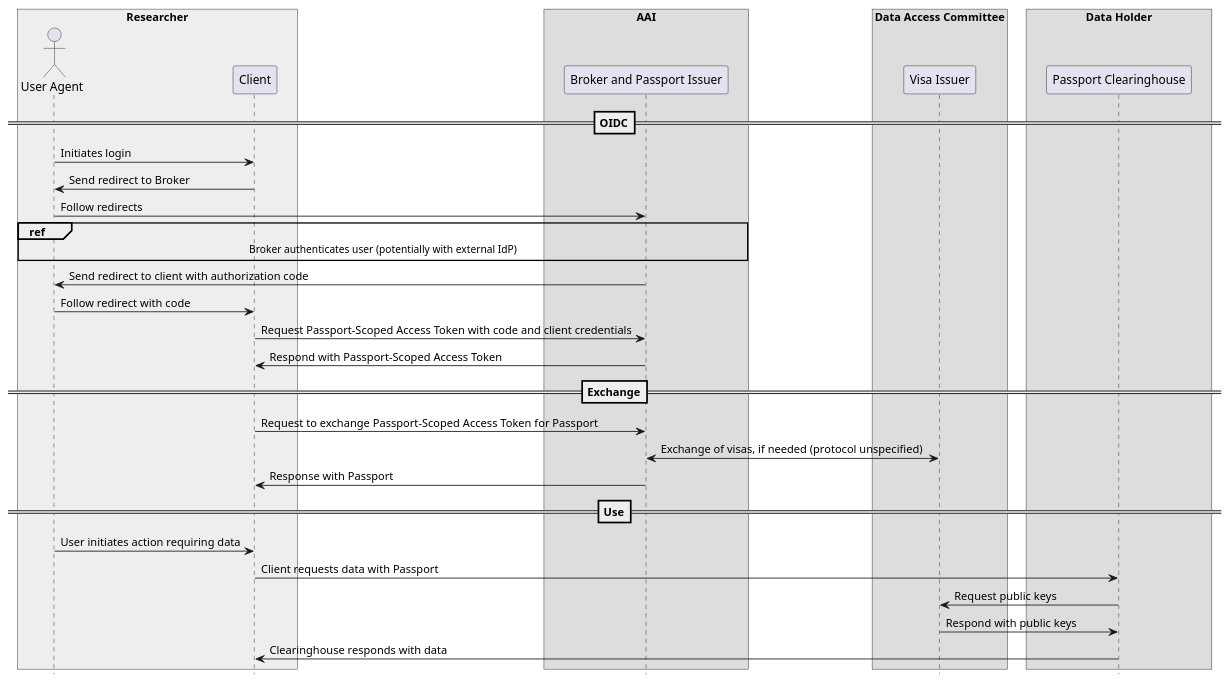
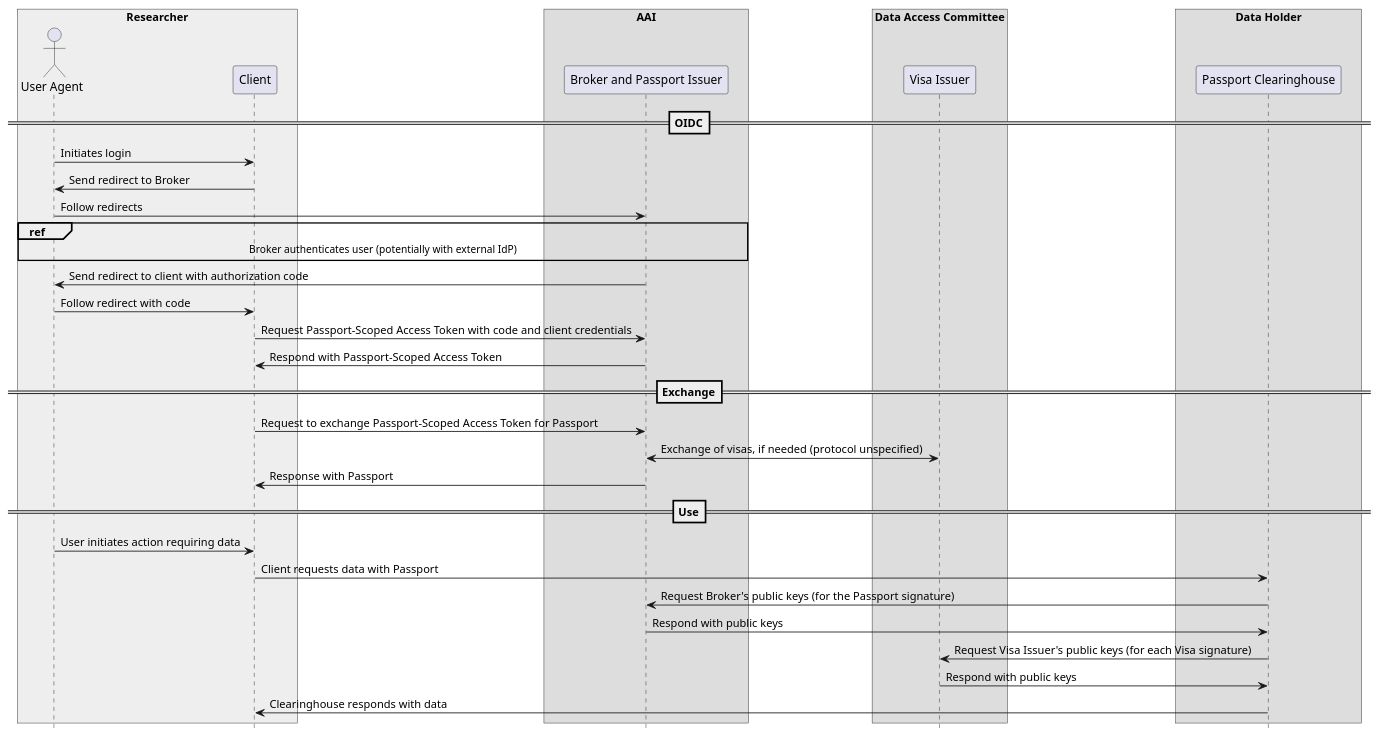
Before and after one commit to ga4gh/aai: the first of 5 diagrams in AAI/AAIConnectProfile.md, drawn with PlantUML. The commit also changed other lines of this file, not shown here.

First line of the commit message:
Fix overview sentence and add Broker key fetch to main diagram (#192)

```diff
--- a/AAI/AAIConnectProfile.md
+++ b/AAI/AAIConnectProfile.md
@@ -277,51 +277,53 @@
 {% plantuml %}
 
 hide footbox
 skinparam BoxPadding 10
 skinparam ParticipantPadding 20
 
 box "Researcher"  #eee
 actor       "User Agent"                as user
 participant Client                      as client
 end box
 
 box "AAI"
 participant "Broker and Passport Issuer"                      as broker
 end box
 
 box "Data Access Committee"
 participant "Visa Issuer"            as issuer
 end box
 
 box "Data Holder"
 participant "Passport Clearinghouse"            as clearing
 end box
 
 ==OIDC==
 
 user -> client : Initiates login
 client -> user : Send redirect to Broker
 user -> broker : Follow redirects
 ref over user, client, broker
 Broker authenticates user (potentially with external IdP)
 end ref
 broker -> user : Send redirect to client with authorization code
 user -> client : Follow redirect with code
 client -> broker : Request Passport-Scoped Access Token with code and client credentials
 broker -> client : Respond with Passport-Scoped Access Token
 
 ==Exchange==
 
 client -> broker : Request to exchange Passport-Scoped Access Token for Passport
 broker <-> issuer : Exchange of visas, if needed (protocol unspecified)
 client <- broker : Response with Passport
 
 ==Use==
 
 user -> client : User initiates action requiring data
 client -> clearing : Client requests data with Passport
-clearing -> issuer : Request public keys
+clearing -> broker : Request Broker's public keys (for the Passport signature)
+broker -> clearing : Respond with public keys
+clearing -> issuer : Request Visa Issuer's public keys (for each Visa signature)
 issuer -> clearing : Respond with public keys
 client <- clearing : Clearinghouse responds with data
 
 {% endplantuml %}
```
